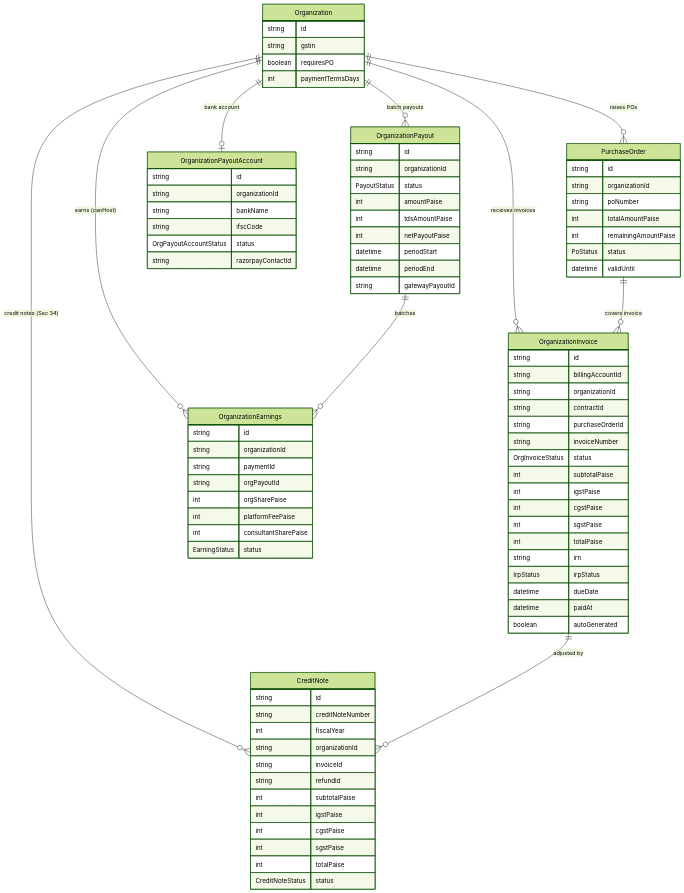
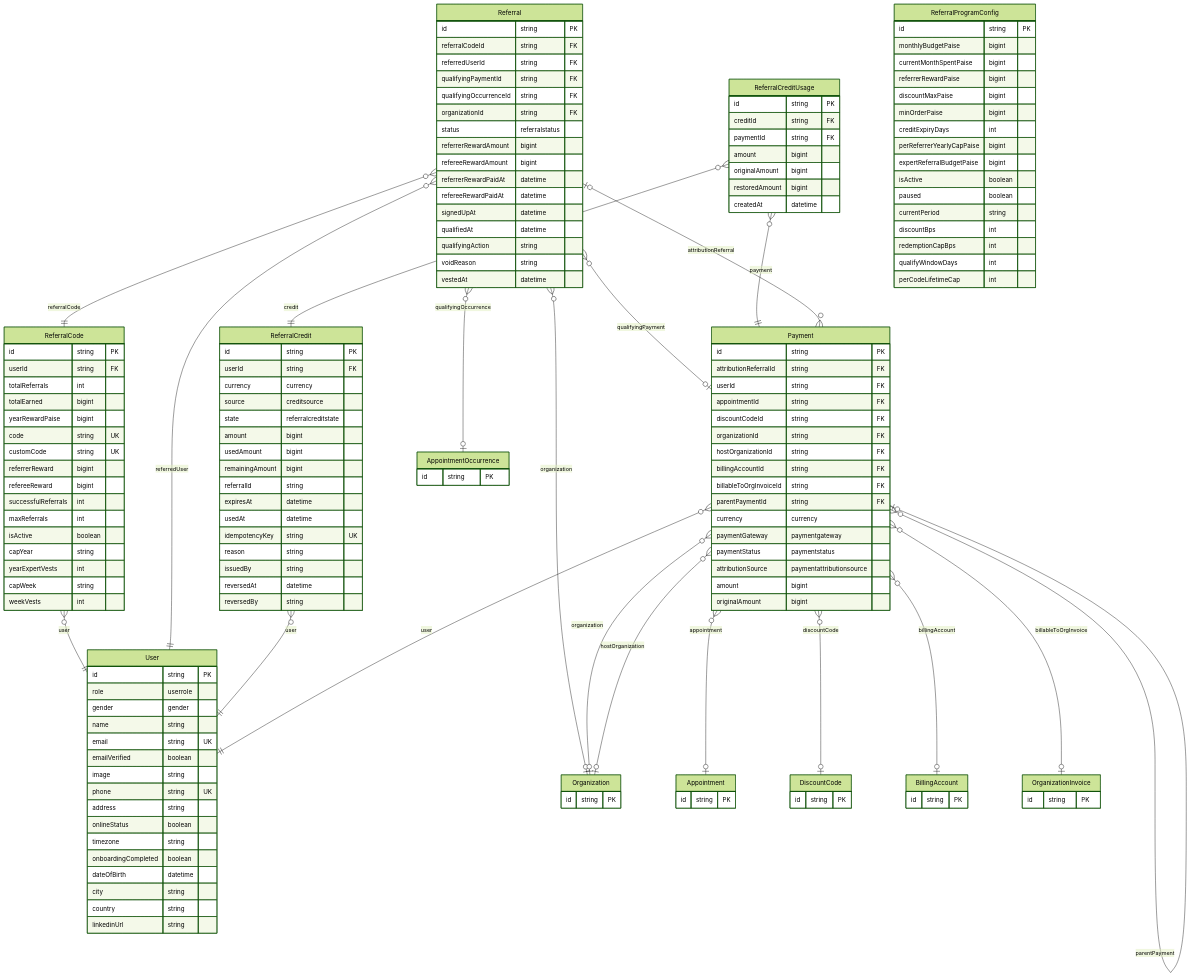
One commit to Practitionist/familiarise_web changed diagram 20 of 32 in docs/prisma/00-schema-map.md. Above: the diagram before and after it, drawn with Mermaid (forest theme). The commit also changed other lines of this file and 6 other files, not shown here.

````diff
--- a/docs/prisma/00-schema-map.md
+++ b/docs/prisma/00-schema-map.md
@@ -1501,90 +3103,156 @@
 ```mermaid
 erDiagram
+    ReferralCode {
+        id string PK
+        userId string FK
+        totalReferrals int
+        totalEarned bigint
+        yearRewardPaise bigint
+        code string UK
+        customCode string UK
+        referrerReward bigint
+        refereeReward bigint
+        successfulReferrals int
+        maxReferrals int
+        isActive boolean
+        capYear string
+        yearExpertVests int
+        capWeek string
+        weekVests int
+    }
+    Referral {
+        id string PK
+        referralCodeId string FK
+        referredUserId string FK
+        qualifyingPaymentId string FK
+        qualifyingOccurrenceId string FK
+        organizationId string FK
+        status referralstatus
+        referrerRewardAmount bigint
+        refereeRewardAmount bigint
+        referrerRewardPaidAt datetime
+        refereeRewardPaidAt datetime
+        signedUpAt datetime
+        qualifiedAt datetime
+        qualifyingAction string
+        voidReason string
+        vestedAt datetime
+    }
+    ReferralCredit {
+        id string PK
+        userId string FK
+        currency currency
+        source creditsource
+        state referralcreditstate
+        amount bigint
+        usedAmount bigint
+        remainingAmount bigint
+        referralId string
+        expiresAt datetime
+        usedAt datetime
+        idempotencyKey string UK
+        reason string
+        issuedBy string
+        reversedAt datetime
+        reversedBy string
+    }
+    ReferralCreditUsage {
+        id string PK
+        creditId string FK
+        paymentId string FK
+        amount bigint
+        originalAmount bigint
+        restoredAmount bigint
+        createdAt datetime
+    }
+    ReferralProgramConfig {
+        id string PK
+        monthlyBudgetPaise bigint
+        currentMonthSpentPaise bigint
+        referrerRewardPaise bigint
+        discountMaxPaise bigint
+        minOrderPaise bigint
+        creditExpiryDays int
+        perReferrerYearlyCapPaise bigint
+        expertReferralBudgetPaise bigint
+        isActive boolean
+        paused boolean
+        currentPeriod string
+        discountBps int
+        redemptionCapBps int
+        qualifyWindowDays int
+        perCodeLifetimeCap int
+    }
+    User {
+        id string PK
+        role userrole
+        gender gender
+        name string
+        email string UK
+        emailVerified boolean
+        image string
+        phone string UK
+        address string
+        onlineStatus boolean
+        timezone string
+        onboardingCompleted boolean
+        dateOfBirth datetime
+        city string
+        country string
+        linkedinUrl string
+    }
+    Payment {
+        id string PK
+        attributionReferralId string FK
+        userId string FK
+        appointmentId string FK
+        discountCodeId string FK
+        organizationId string FK
+        hostOrganizationId string FK
+        billingAccountId string FK
+        billableToOrgInvoiceId string FK
+        parentPaymentId string FK
+        currency currency
+        paymentGateway paymentgateway
+        paymentStatus paymentstatus
+        attributionSource paymentattributionsource
+        amount bigint
+        originalAmount bigint
+    }
+    AppointmentOccurrence {
+        id string PK
+    }
     Organization {
-        string id
-        string gstin
-        boolean requiresPO
-        int paymentTermsDays
+        id string PK
     }
-    PurchaseOrder {
-        string id
-        string organizationId
-        string poNumber
-        int totalAmountPaise
-        int remainingAmountPaise
-        PoStatus status
-        datetime validUntil
+    Appointment {
+        id string PK
+    }
+    DiscountCode {
+        id string PK
+    }
+    BillingAccount {
+        id string PK
     }
     OrganizationInvoice {
-        string id
-        string billingAccountId
-        string organizationId
-        string contractId
-        string purchaseOrderId
-        string invoiceNumber
-        OrgInvoiceStatus status
-        int subtotalPaise
-        int igstPaise
-        int cgstPaise
-        int sgstPaise
-        int totalPaise
-        string irn
-        IrpStatus irpStatus
-        datetime dueDate
-        datetime paidAt
-        boolean autoGenerated
+        id string PK
     }
-    OrganizationEarnings {
-        string id
-        string organizationId
-        string paymentId
-        string orgPayoutId
-        int orgSharePaise
-        int platformFeePaise
-        int consultantSharePaise
-        EarningStatus status
-    }
-    OrganizationPayout {
-        string id
-        string organizationId
-        PayoutStatus status
-        int amountPaise
-        int tdsAmountPaise
-        int netPayoutPaise
-        datetime periodStart
-        datetime periodEnd
-        string gatewayPayoutId
-    }
-    OrganizationPayoutAccount {
-        string id
-        string organizationId
-        string bankName
-        string ifscCode
-        OrgPayoutAccountStatus status
-        string razorpayContactId
-    }
-    CreditNote {
-        string id
-        string creditNoteNumber
-        int fiscalYear
-        string organizationId
-        string invoiceId
-        string refundId
-        int subtotalPaise
-        int igstPaise
-        int cgstPaise
-        int sgstPaise
-        int totalPaise
-        CreditNoteStatus status
-    }
-
-    Organization ||--o{ PurchaseOrder : "raises POs"
-    Organization ||--o{ OrganizationInvoice : "receives invoices"
-    Organization ||--o{ CreditNote : "credit notes (Sec 34)"
-    PurchaseOrder ||--o{ OrganizationInvoice : "covers invoice"
-    OrganizationInvoice ||--o{ CreditNote : "adjusted by"
-    Organization ||--o{ OrganizationEarnings : "earns (canHost)"
-    Organization ||--o{ OrganizationPayout : "batch payouts"
-    Organization ||--o| OrganizationPayoutAccount : "bank account"
-    OrganizationPayout ||--o{ OrganizationEarnings : "batches"
+    ReferralCode }o--|| User : "user"
+    Referral }o--o| Payment : "qualifyingPayment"
+    Referral }o--o| AppointmentOccurrence : "qualifyingOccurrence"
+    Referral }o--o| Organization : "organization"
+    Referral }o--|| ReferralCode : "referralCode"
+    Referral }o--|| User : "referredUser"
+    ReferralCredit }o--|| User : "user"
+    ReferralCreditUsage }o--|| ReferralCredit : "credit"
+    ReferralCreditUsage }o--|| Payment : "payment"
+    Payment }o--o| Referral : "attributionReferral"
+    Payment }o--|| User : "user"
+    Payment }o--o| Appointment : "appointment"
+    Payment }o--o| DiscountCode : "discountCode"
+    Payment }o--o| Organization : "organization"
+    Payment }o--o| Organization : "hostOrganization"
+    Payment }o--o| BillingAccount : "billingAccount"
+    Payment }o--o| OrganizationInvoice : "billableToOrgInvoice"
+    Payment }o--o| Payment : "parentPayment"
 ```
````
